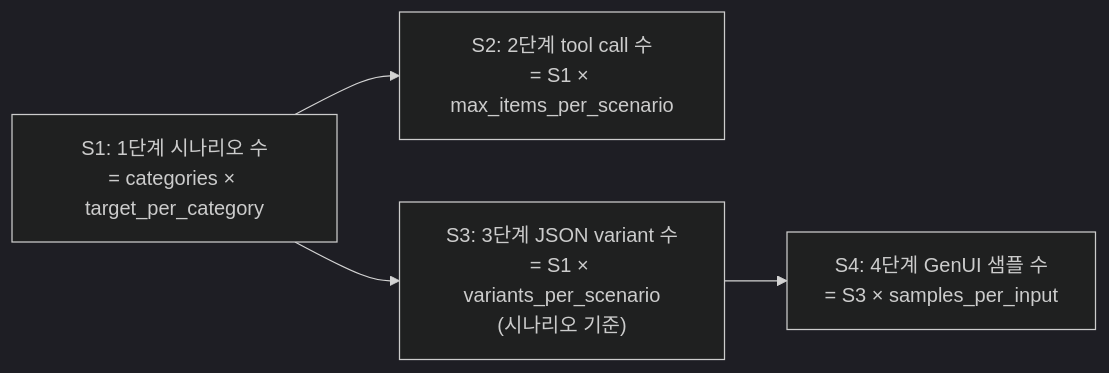
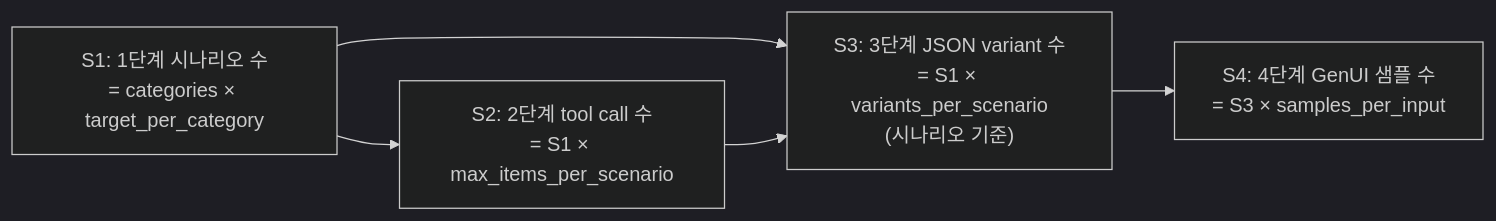
The second of 2 diagrams in README.md (goonbamm/GenUI-dataset-pipeline), drawn with Mermaid (dark theme) before and after one commit. The commit also changed other lines of this file, not shown here.

Commit message:
docs: add stage2-to-stage3 edge in relationship diagram

````diff
--- a/README.md
+++ b/README.md
@@ -53,11 +53,12 @@
 ```mermaid
 flowchart LR
     S1["S1: 1단계 시나리오 수\n= categories × target_per_category"]
     S2["S2: 2단계 tool call 수\n= S1 × max_items_per_scenario"]
     S3["S3: 3단계 JSON variant 수\n= S1 × variants_per_scenario\n(시나리오 기준)"]
     S4["S4: 4단계 GenUI 샘플 수\n= S3 × samples_per_input"]
 
     S1 --> S2
     S1 --> S3
+    S2 --> S3
     S3 --> S4
 ```
````
